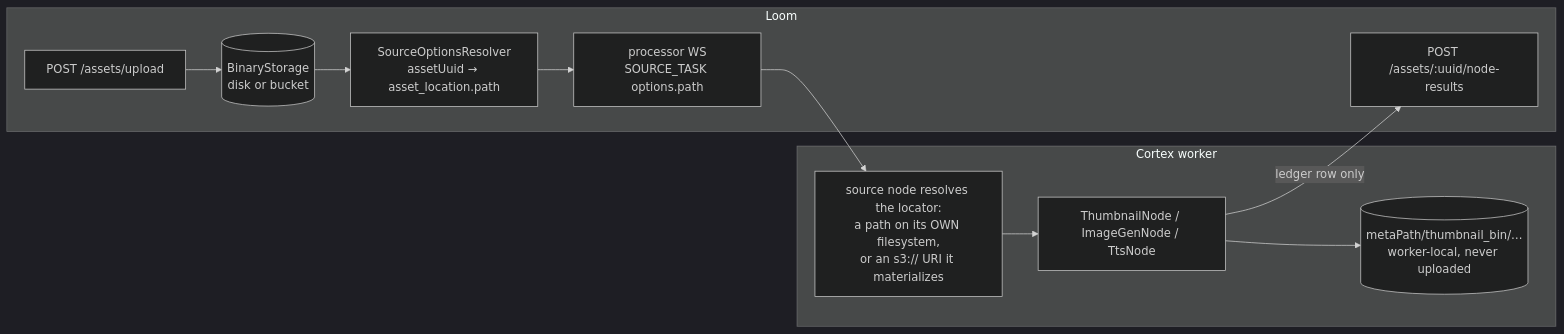
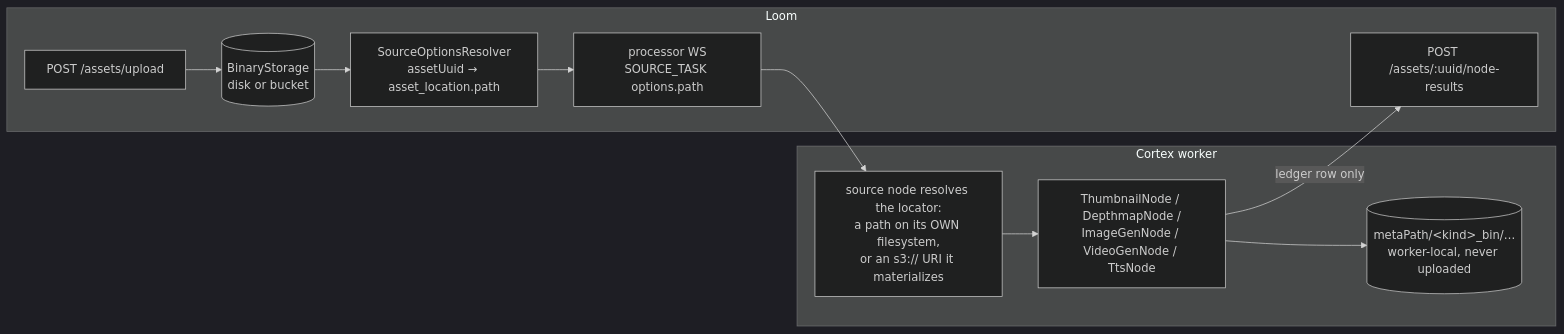
The third of 3 diagrams in spec/features/rest/REST_BINARY_HANDLING.md (metaloom/metaloom), drawn with Mermaid (dark theme) before and after one commit. The commit also changed other lines of this file and 53 other files, not shown here.

````diff
--- a/spec/features/rest/REST_BINARY_HANDLING.md
+++ b/spec/features/rest/REST_BINARY_HANDLING.md
@@ -258,15 +280,15 @@
 ```mermaid
 graph LR
     subgraph LOOM["Loom"]
         UP["POST /assets/upload"] --> STORE[("BinaryStorage<br/>disk or bucket")]
         STORE --> RES["SourceOptionsResolver<br/>assetUuid → asset_location.path"]
         RES --> WS["processor WS<br/>SOURCE_TASK options.path"]
         NR["POST /assets/:uuid/node-results"]
     end
     subgraph CX["Cortex worker"]
         WS --> SRC["source node resolves the locator:<br/>a path on its OWN filesystem,<br/>or an s3:// URI it materializes"]
-        SRC --> TN["ThumbnailNode / ImageGenNode / TtsNode"]
-        TN --> LOCAL[("metaPath/thumbnail_bin/…<br/>worker-local, never uploaded")]
+        SRC --> TN["ThumbnailNode / DepthmapNode /<br/>ImageGenNode / VideoGenNode / TtsNode"]
+        TN --> LOCAL[("metaPath/&lt;kind&gt;_bin/…<br/>worker-local, never uploaded")]
         TN -->|"ledger row only"| NR
     end
 ```
````
